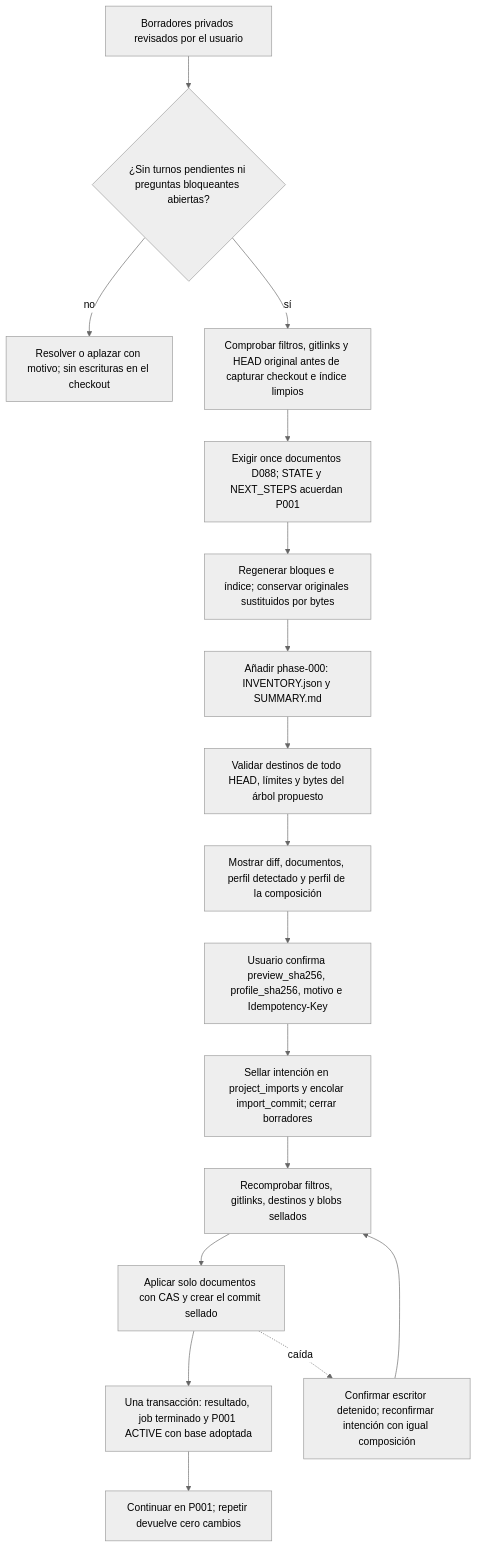
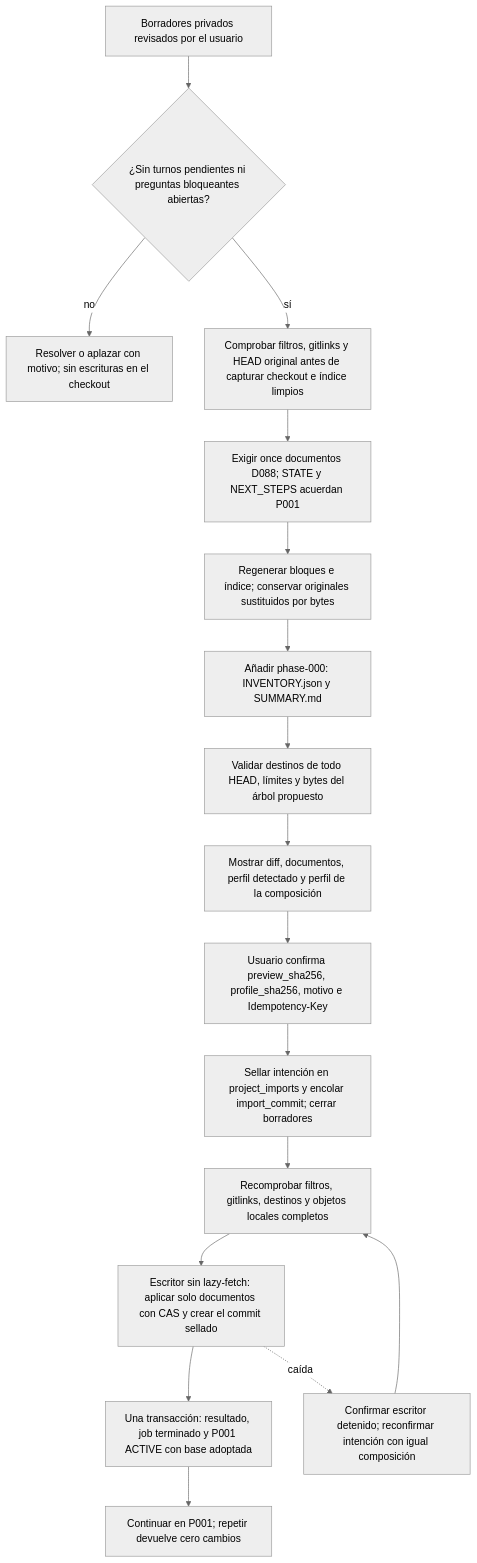
Before and after one commit to AcostaDDev/my-harness-archive: the third of 3 diagrams in docs/flows/project-onboarding.md, drawn with Mermaid (neutral theme). The commit also changed other lines of this file and 15 other files, not shown here.

Commit message:
fix: disable lazy-fetch for import writers (D112, P008-T020)

````diff
--- a/docs/flows/project-onboarding.md
+++ b/docs/flows/project-onboarding.md
@@ -108,19 +108,19 @@
 ```mermaid
 flowchart TD
     A["Borradores privados revisados por el usuario"] --> B{"¿Sin turnos pendientes ni preguntas bloqueantes abiertas?"}
     B -- no --> X["Resolver o aplazar con motivo; sin escrituras en el checkout"]
     B -- sí --> C["Comprobar filtros, gitlinks y HEAD original antes de capturar checkout e índice limpios"]
     C --> D["Exigir once documentos D088; STATE y NEXT_STEPS acuerdan P001"]
     D --> E["Regenerar bloques e índice; conservar originales sustituidos por bytes"]
     E --> F["Añadir phase-000: INVENTORY.json y SUMMARY.md"]
     F --> G["Validar destinos de todo HEAD, límites y bytes del árbol propuesto"]
     G --> H["Mostrar diff, documentos, perfil detectado y perfil de la composición"]
     H --> I["Usuario confirma preview_sha256, profile_sha256, motivo e Idempotency-Key"]
     I --> J["Sellar intención en project_imports y encolar import_commit; cerrar borradores"]
-    J --> J1["Recomprobar filtros, gitlinks, destinos y blobs sellados"]
-    J1 --> K["Aplicar solo documentos con CAS y crear el commit sellado"]
+    J --> J1["Recomprobar filtros, gitlinks, destinos y objetos locales completos"]
+    J1 --> K["Escritor sin lazy-fetch: aplicar solo documentos con CAS y crear el commit sellado"]
     K --> L["Una transacción: resultado, job terminado y P001 ACTIVE con base adoptada"]
     L --> M["Continuar en P001; repetir devuelve cero cambios"]
     K -. caída .-> R["Confirmar escritor detenido; reconfirmar intención con igual composición"]
     R --> J1
 ```
````
